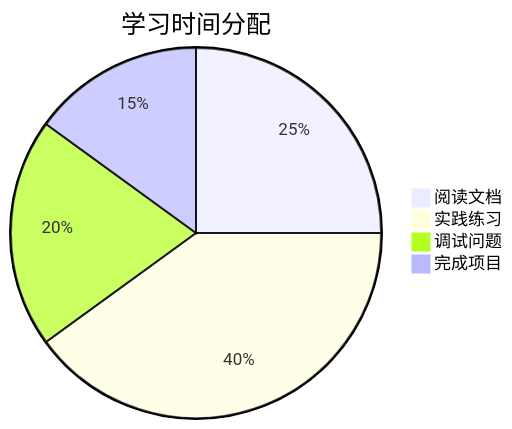
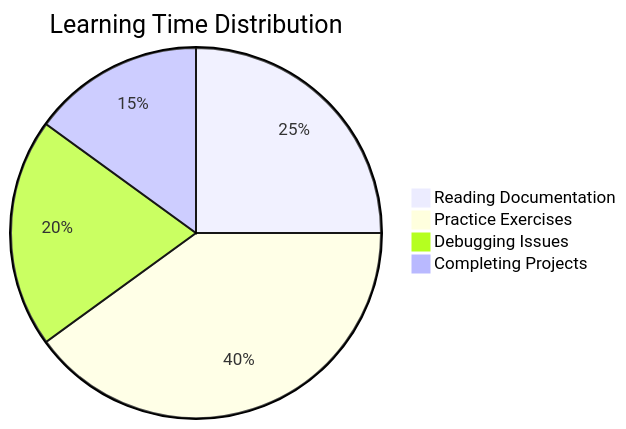
One commit to zjy365/zjy365 changed the third of 5 diagrams in content/mermaid-quick-start.mdx. Above: the diagram before and after it, drawn with Mermaid. The commit also changed other lines of this file and 11 other files, not shown here.

````diff
--- a/content/mermaid-quick-start.mdx
+++ b/content/mermaid-quick-start.mdx
@@ -59,8 +59,8 @@
 ```mermaid
 pie
-    title 学习时间分配
-    "阅读文档" : 25
-    "实践练习" : 40
-    "调试问题" : 20
-    "完成项目" : 15
+    title Learning Time Distribution
+    "Reading Documentation" : 25
+    "Practice Exercises" : 40
+    "Debugging Issues" : 20
+    "Completing Projects" : 15
 ```
````
